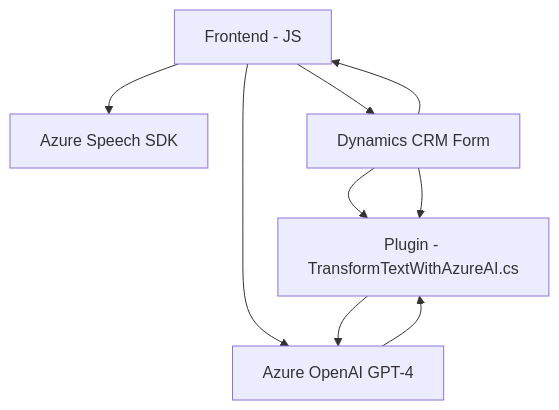
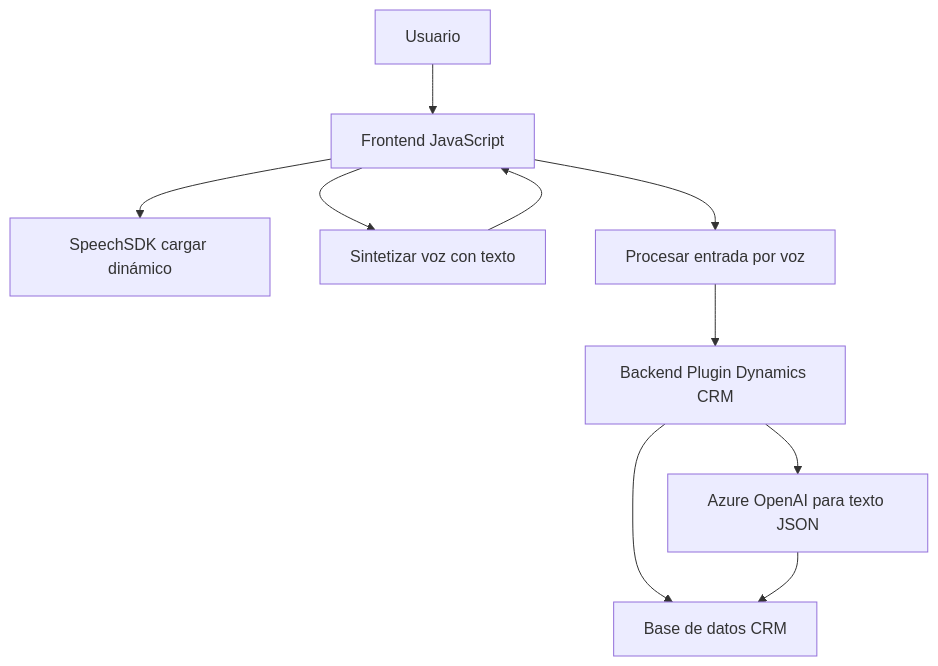
The diagram in README.md (blopezdm/NETCORE_BILBAO2025), drawn with Mermaid before and after one commit. The commit also changed other lines of this file, not shown here.

Commit message:
Actualizar análisis global de la solución con IA

````diff
--- a/README.md
+++ b/README.md
@@ -41,17 +53,12 @@
 ```mermaid
 graph TD
-    A["Frontend - JS"]
-    B["Azure Speech SDK"]
-    C["Dynamics CRM Form"]
-    D["Azure OpenAI GPT-4"]
-    E["Plugin - TransformTextWithAzureAI.cs"]
-    
-    A --> B
-    A --> C
-    C --> A
-    A --> D
-    C --> E
-    E --> D
-    D --> E
-    C --> E
+    A["Usuario"] --> B["Frontend JavaScript"]
+    B["Frontend JavaScript"] --> C["SpeechSDK cargar dinámico"]
+    B["Frontend JavaScript"] --> D["Sintetizar voz con texto"]
+    B["Frontend JavaScript"] --> E["Procesar entrada por voz"]
+    E["Procesar entrada por voz"] --> F["Backend Plugin Dynamics CRM"]
+    F["Backend Plugin Dynamics CRM"] --> G["Azure OpenAI para texto JSON"]
+    F["Backend Plugin Dynamics CRM"] --> H["Base de datos CRM"]
+    G["Azure OpenAI para texto JSON"] --> H["Base de datos CRM"]
+    D["Sintetizar voz con texto"] --> B["Frontend JavaScript"]
 ```
````
